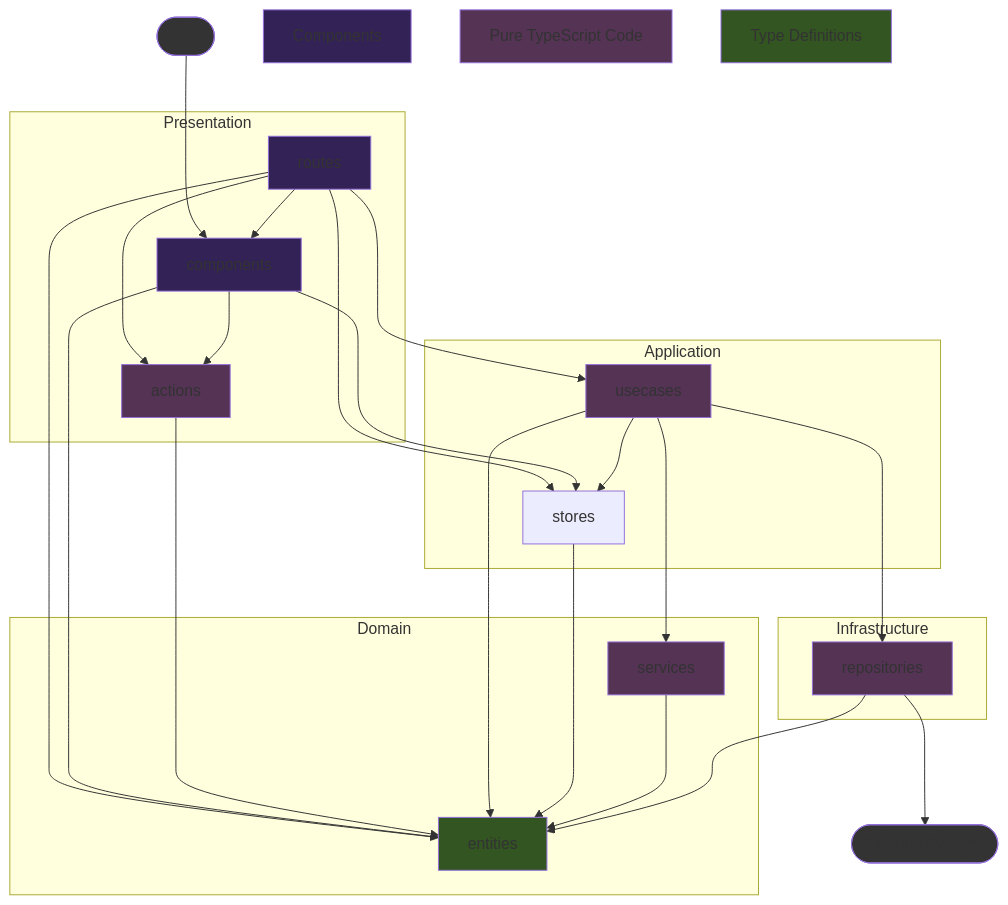
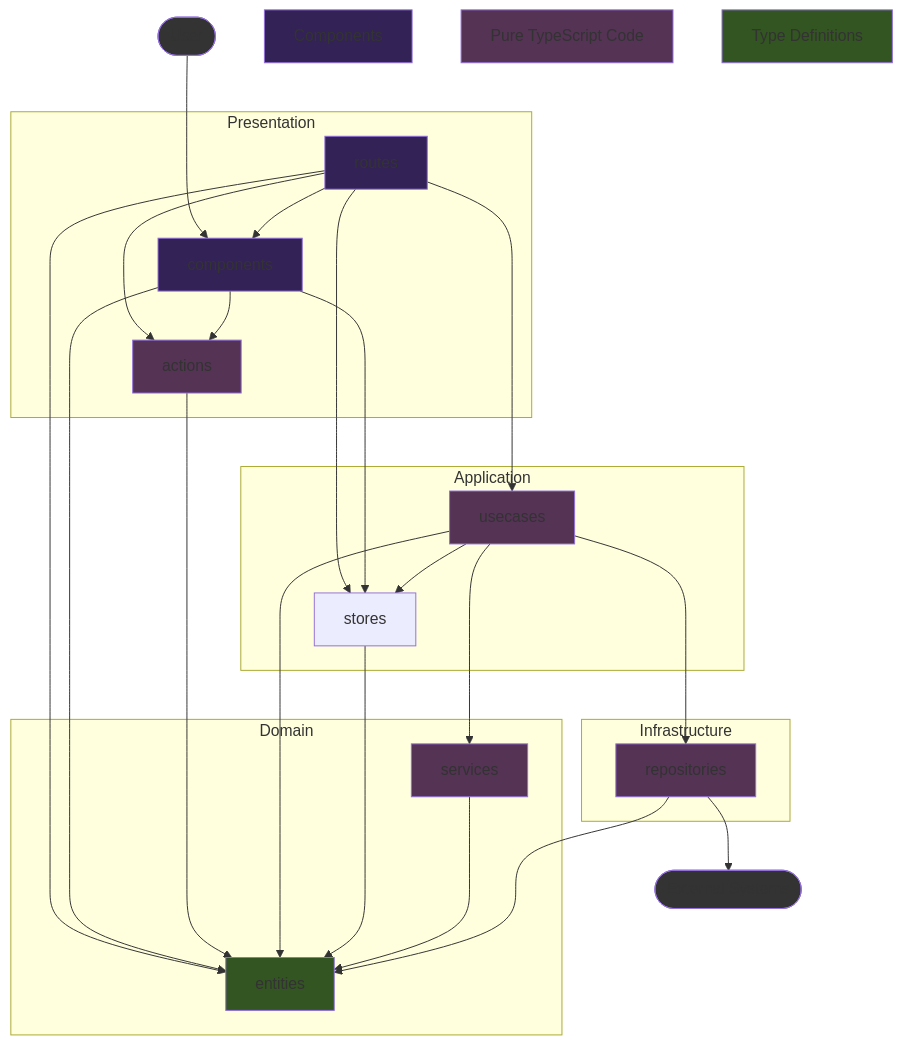
Before and after one commit to k5n/kotonoha: the first of 2 diagrams in doc/technical_specifications.md, drawn with Mermaid. The commit also changed other lines of this file and 2 other files, not shown here.

Commit message:
docs: Revise architecture documentation for clarity and structure; remove outdated file

````diff
--- a/doc/technical_specifications.md
+++ b/doc/technical_specifications.md
@@ -89,54 +89,54 @@
 ```mermaid
 graph TD
     classDef cssTypes fill:#352;
     classDef cssComponents fill:#325;
     classDef cssPure fill:#535;
     classDef cssExternal fill:#333;
     
     User([User]):::cssExternal
 
     subgraph Presentation
         components[components]:::cssComponents
         routes[routes]:::cssComponents
         actions[actions]:::cssPure
     end
 
     subgraph Application
         usecases[usecases]:::cssPure
         stores[stores]
     end
 
     subgraph Domain
         entities[entities]:::cssTypes
         services[services]:::cssPure
     end
 
     subgraph Infrastructure
         repositories[repositories]:::cssPure
     end
 
     ExternalSystems([External Systems]):::cssExternal
 
     User ---> components
     routes --> components
-    routes ---> usecases
-    routes ---> stores
-    routes ---> actions
+    routes ----> usecases
+    routes --> stores
+    routes --> actions
     routes ---> entities
     components --> actions
     components ---> stores
     components ---> entities
     actions ---> entities
-    usecases --> entities
     usecases --> stores
-    usecases ---> services
+    usecases ---> entities
+    usecases --> services
     usecases ---> repositories
     stores ---> entities
     services ---> entities
     repositories ---> entities
-    repositories ---> ExternalSystems
+    repositories --> ExternalSystems
 
     Components:::cssComponents
     PureTypeScript[Pure TypeScript Code]:::cssPure
     TypeDefinitions[Type Definitions]:::cssTypes
 ```
````
